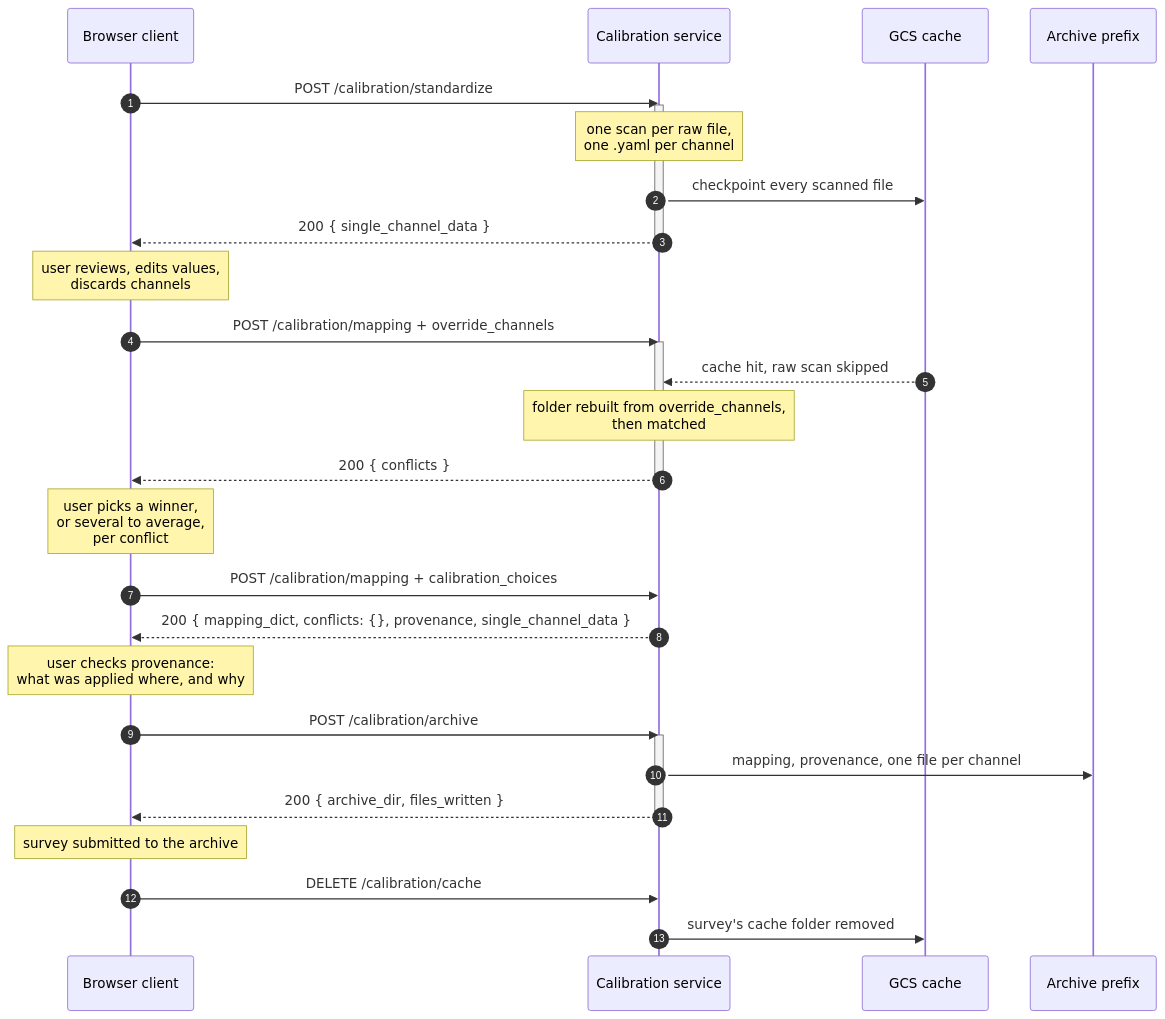
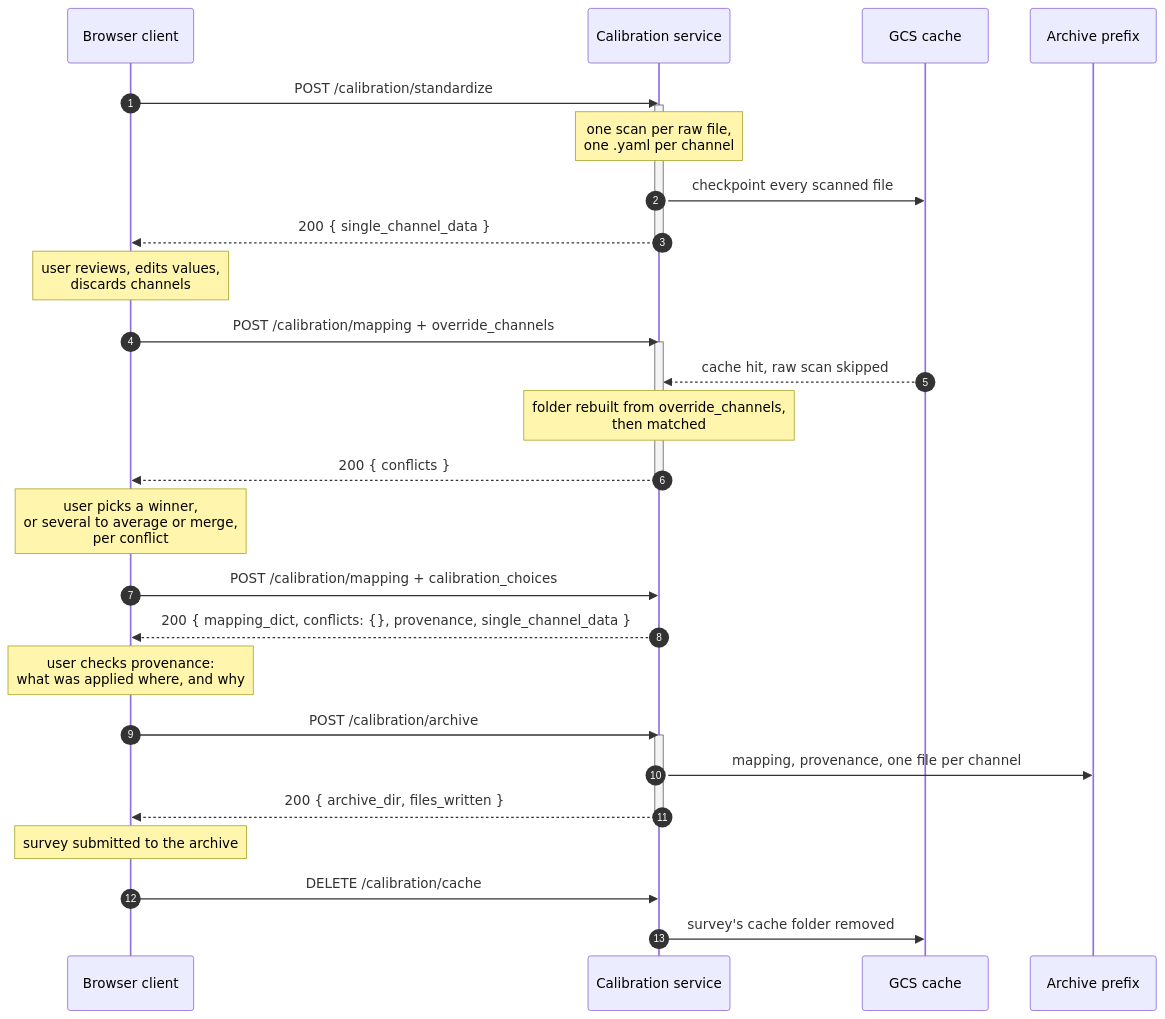
The diagram in recipes/documentation/calibration_service_api.md (BLayman-NOAA/AA-SI_calibration), drawn with Mermaid before and after one commit. The commit also changed other lines of this file and 23 other files, not shown here.

````diff
--- a/recipes/documentation/calibration_service_api.md
+++ b/recipes/documentation/calibration_service_api.md
@@ -63,42 +64,42 @@
 ```mermaid
 sequenceDiagram
     autonumber
     participant B as Browser client
     participant S as Calibration service
     participant G as GCS cache
     participant A as Archive prefix
 
     B->>S: POST /calibration/standardize
     activate S
     Note over S: one scan per raw file,<br/>one .yaml per channel
     S->>G: checkpoint every scanned file
     S-->>B: 200 { single_channel_data }
     deactivate S
 
     Note over B: user reviews, edits values,<br/>discards channels
 
     B->>S: POST /calibration/mapping + override_channels
     activate S
     G-->>S: cache hit, raw scan skipped
     Note over S: folder rebuilt from override_channels,<br/>then matched
     S-->>B: 200 { conflicts }
     deactivate S
 
-    Note over B: user picks a winner,<br/>or several to average,<br/>per conflict
+    Note over B: user picks a winner,<br/>or several to average or merge,<br/>per conflict
 
     B->>S: POST /calibration/mapping + calibration_choices
     S-->>B: 200 { mapping_dict, conflicts: {}, provenance, single_channel_data }
 
     Note over B: user checks provenance:<br/>what was applied where, and why
 
     B->>S: POST /calibration/archive
     activate S
     S->>A: mapping, provenance, one file per channel
     S-->>B: 200 { archive_dir, files_written }
     deactivate S
 
     Note over B: survey submitted to the archive
 
     B->>S: DELETE /calibration/cache
     S->>G: survey's cache folder removed
 ```
````
